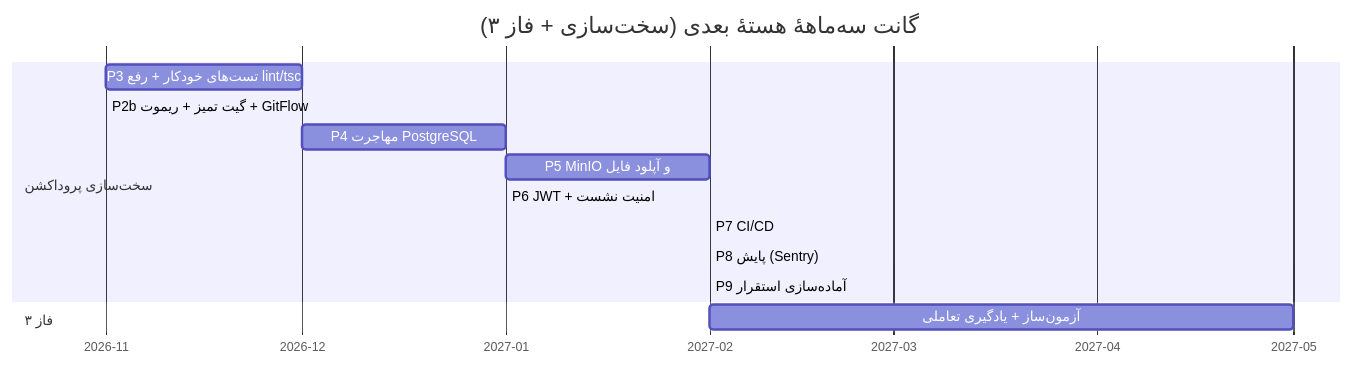
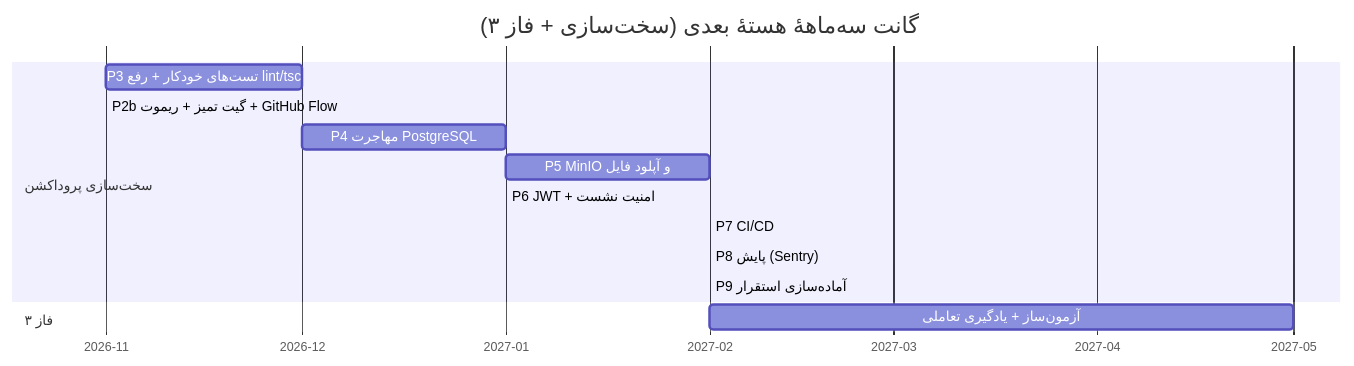
One commit to OpenEduGit/open-edu-git changed the second of 2 diagrams in docs/ROADMAP.md. Above: the diagram before and after it, drawn with Mermaid. The commit also changed other lines of this file and 11 other files, not shown here.

First line of the commit message:
docs: add GitHub Flow ADR update, commit-msg hook, PR/issue templates (#1)

````diff
--- a/docs/ROADMAP.md
+++ b/docs/ROADMAP.md
@@ -35,17 +35,17 @@
 ```mermaid
 gantt
     title گانت سه‌ماههٔ هستهٔ بعدی (سخت‌سازی + فاز ۳)
     dateFormat YYYY-MM
     axisFormat %Y-%m
     section سخت‌سازی پروداکشن
     P3 تست‌های خودکار + رفع lint/tsc   :p3, 2026-11, 1M
-    P2b گیت تمیز + ریموت + GitFlow    :p2b, 2026-11, 2W
+    P2b گیت تمیز + ریموت + GitHub Flow :p2b, 2026-11, 2W
     P4 مهاجرت PostgreSQL              :p4, after p3, 1M
     P5 MinIO و آپلود فایل             :p5, after p4, 1M
     P6 JWT + امنیت نشست               :p6, after p4, 3W
     P7 CI/CD                          :p7, after p5, 2W
     P8 پایش (Sentry)                  :p8, after p5, 2W
     P9 آماده‌سازی استقرار             :p9, after p7, 3W
     section فاز ۳
     آزمون‌ساز + یادگیری تعاملی        :f3, after p9, 3M
 ```
````
